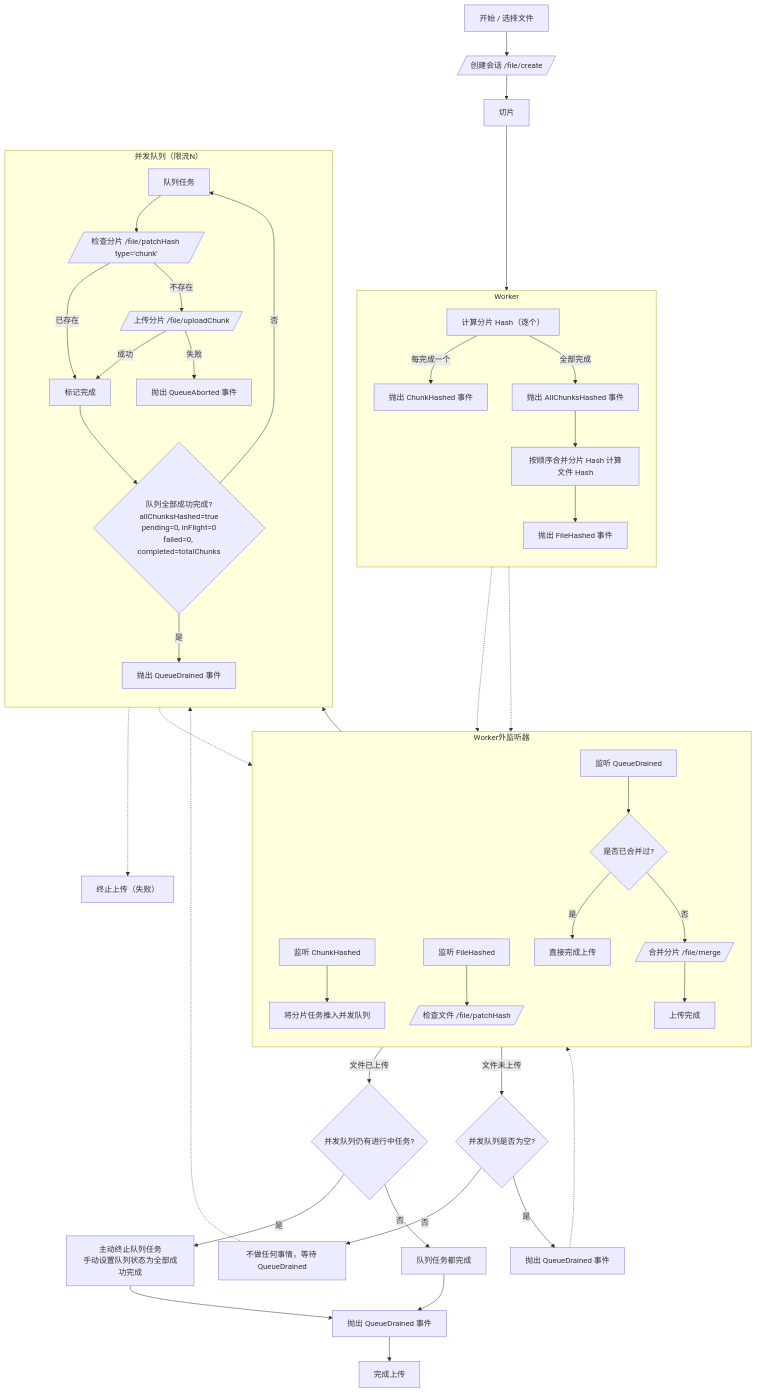
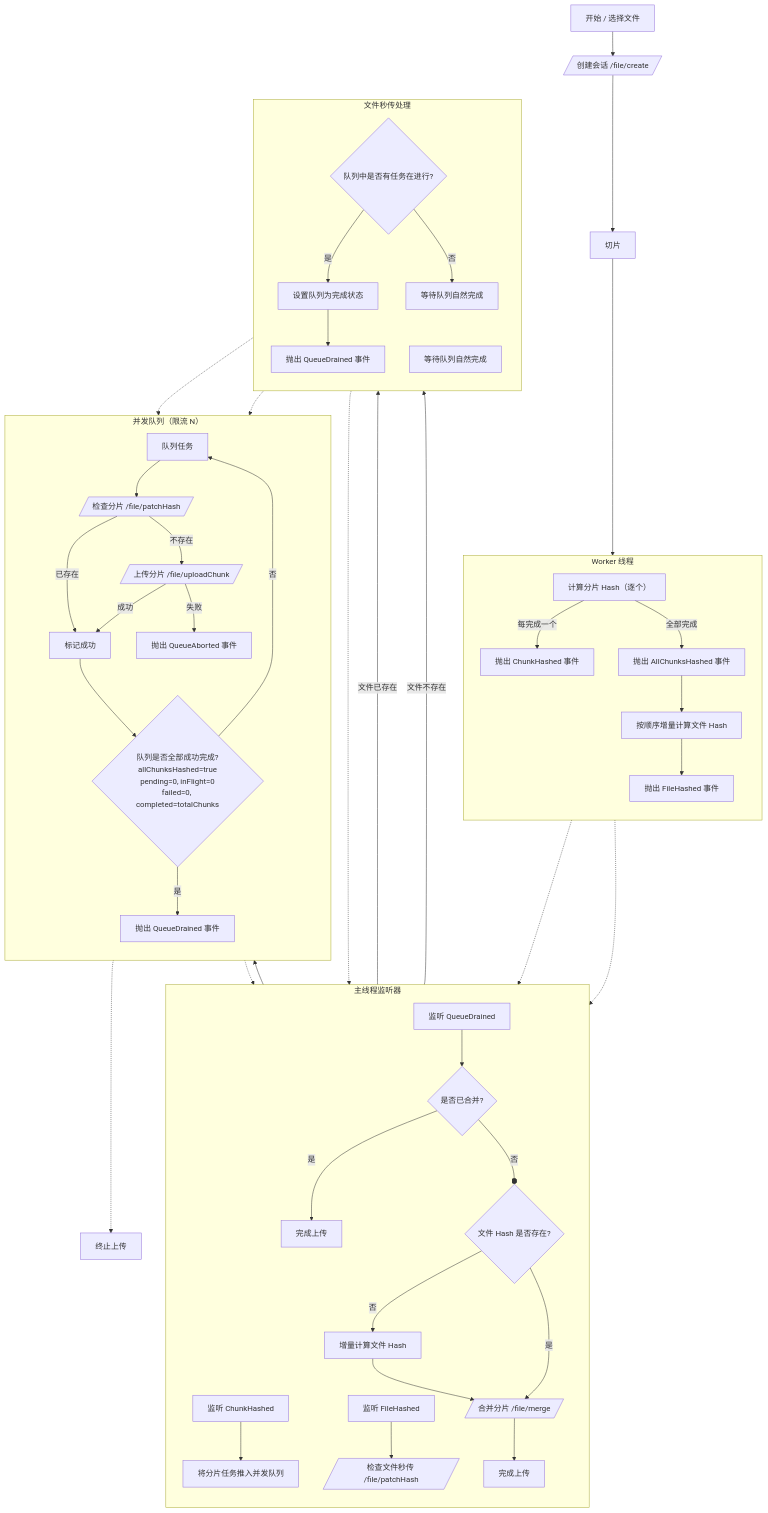
The diagram in packages/app/README.md (warmeaf/wf-upload), drawn with Mermaid before and after one commit. The commit also changed other lines of this file and 19 other files, not shown here.

````diff
--- a/packages/app/README.md
+++ b/packages/app/README.md
@@ -20,57 +44,61 @@
 ```mermaid
 flowchart TD
-  A[开始 / 选择文件] --> C0[/创建会话 /file/create/]
-  C0 --> B[切片]
+    A[开始 / 选择文件] --> C0[/创建会话 /file/create/]
+    C0 --> B[切片]
 
-  subgraph WORKER[Worker]
-    direction TB
-    W1[计算分片 Hash（逐个）] -->|每完成一个| W1E[抛出 ChunkHashed 事件]
-    W1 -->|全部完成| W1A[抛出 AllChunksHashed 事件]
-    W1A --> W2[按顺序合并分片 Hash 计算文件 Hash]
-    W2 --> W2E[抛出 FileHashed 事件]
-  end
+    subgraph WORKER[Worker 线程]
+        direction TB
+        W1[计算分片 Hash（逐个）] -->|每完成一个| W1E[抛出 ChunkHashed 事件]
+        W1 -->|全部完成| W1A[抛出 AllChunksHashed 事件]
+        W1A --> W2[按顺序增量计算文件 Hash]
+        W2 --> W2E[抛出 FileHashed 事件]
+    end
 
-  B --> W1
+    B --> W1
 
-  subgraph LISTENER[Worker外监听器]
-    direction TB
-    L1[监听 ChunkHashed] --> L1A[将分片任务推入并发队列]
-    L2[监听 FileHashed] --> L2A[/检查文件 /file/patchHash/]
-    L3[监听 QueueDrained] --> L3A{是否已合并过?}
-    L3A -->|是| L3B[直接完成上传]
-    L3A -->|否| L3C[/合并分片 /file/merge/]
-    L3C --> L3D[上传完成]
-  end
+    subgraph LISTENER[主线程监听器]
+        direction TB
+        L1[监听 ChunkHashed] --> L1A[将分片任务推入并发队列]
+        L2[监听 FileHashed] --> L2A[/检查文件秒传 /file/patchHash/]
+        L3[监听 QueueDrained] --> L3A{是否已合并?}
+        L3A -->|是| L3B[完成上传]
+        L3A --o|否| L3_CALC_HASH{文件 Hash 是否存在?}
+        L3_CALC_HASH -->|否| L3_CALC[增量计算文件 Hash]
+        L3_CALC --> L3C[/合并分片 /file/merge/]
+        L3_CALC_HASH -->|是| L3C
+        L3C --> L3D[完成上传]
+    end
 
-  W1E -.-> L1
-  W2E -.-> L2
+    W1E -.-> L1
+    W2E -.-> L2
 
-  subgraph QUEUE[并发队列（限流N）]
-    direction TB
-    Q[队列任务] --> C2[/检查分片 /file/patchHash type='chunk'/]
-    C2 -->|已存在| C4[标记成功并跳过上传]
-    C2 -->|不存在| C3[/上传分片 /file/uploadChunk/]
-    C3 -->|成功| C4[标记完成]
-    C3 -->|失败| QA[抛出 QueueAborted 事件]
-    C4 --> QC{队列全部成功完成?<br/>allChunksHashed=true<br/>pending=0, inFlight=0<br/>failed=0, completed=totalChunks}
-    QC -->|是| QD[抛出 QueueDrained 事件]
-    QC -->|否| Q
-  end
+    subgraph QUEUE[并发队列（限流 N）]
+        direction TB
+        Q[队列任务] --> C2[/检查分片 /file/patchHash/]
+        C2 -->|已存在| C4[标记成功]
+        C2 -->|不存在| C3[/上传分片 /file/uploadChunk/]
+        C3 -->|成功| C4
+        C3 -->|失败| QA[抛出 QueueAborted 事件]
+        C4 --> QC{队列是否全部成功完成?<br/>allChunksHashed=true<br/>pending=0, inFlight=0<br/>failed=0, completed=totalChunks}
+        QC -->|是| QD[抛出 QueueDrained 事件]
+        QC -->|否| Q
+    end
 
-  L1A --> Q
-  QA -.-> ABORT[终止上传（失败）]
-  QD -.-> L3
+    L1A --> Q
+    QA -.-> ABORT[终止上传]
+    QD -.-> L3
 
-  L2A -->|文件已上传| F3{并发队列仍有进行中任务?}
-  F3 -->|是| FC[主动终止队列任务<br/>手动设置队列状态为全部成功完成]
-  F3 -->|否| FD[队列任务都完成]
-  FC --> FE[抛出 QueueDrained 事件]
-  FD --> FE
-  FE --> COMPLETE[完成上传]
+    subgraph FILE_CHECK[文件秒传处理]
+        direction TB
+        L2A -->|文件已存在| F3{队列中是否有任务在进行?}
+        F3 -->|是| FC[设置队列为完成状态]
+        F3 -->|否| FD[等待队列自然完成]
+        FC --> FE[抛出 QueueDrained 事件]
 
-  L2A -->|文件未上传| F4{并发队列是否为空?}
-  F4 -->|否| F5[不做任何事情，等待 QueueDrained]
-  F4 -->|是| QD2[抛出 QueueDrained 事件]
-  F5 -.-> QD
-  QD2 -.-> L3
+        L2A -->|文件不存在| F5[等待队列自然完成]
+    end
+
+    F5 -.-> QD
+    FD -.-> QD
+    FE -.-> L3
 ```
````
